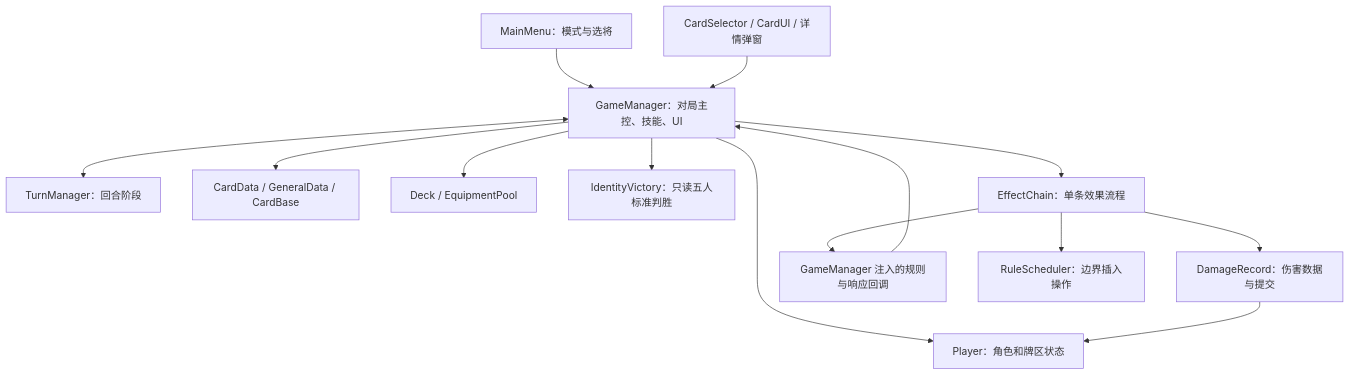
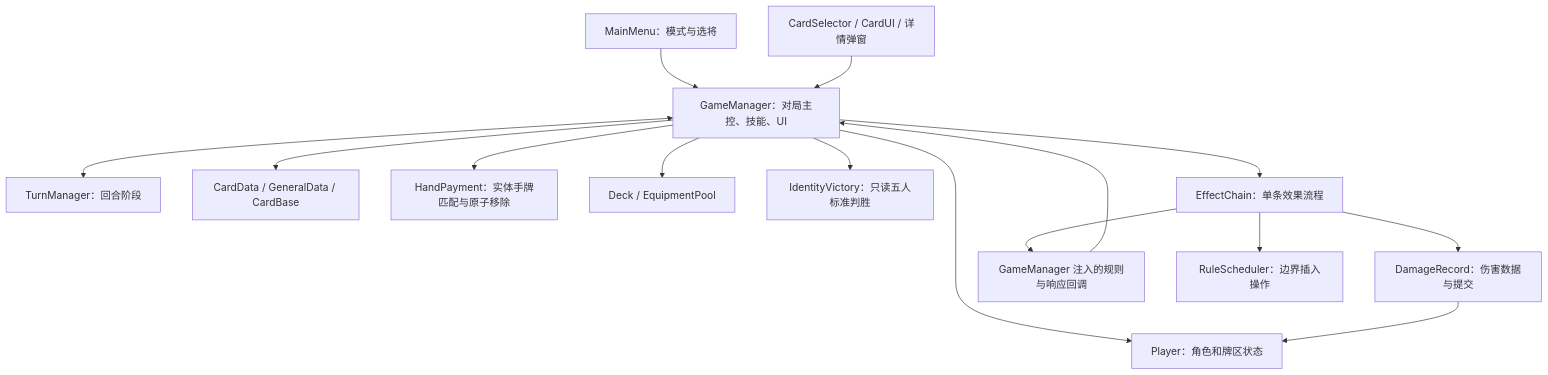
One commit to i-iillusion/xiaoyuansha changed the first of 2 diagrams in Docs/HumanAgent/项目架构设计.md. Above: the diagram before and after it, drawn with Mermaid. The commit also changed other lines of this file and 11 other files, not shown here.

````diff
--- a/Docs/HumanAgent/项目架构设计.md
+++ b/Docs/HumanAgent/项目架构设计.md
@@ -24,16 +24,17 @@
 ```mermaid
 flowchart TD
     Menu[MainMenu：模式与选将] --> GM[GameManager：对局主控、技能、UI]
     UI[CardSelector / CardUI / 详情弹窗] --> GM
     GM <--> TM[TurnManager：回合阶段]
     GM --> Player[Player：角色和牌区状态]
     GM --> Data[CardData / GeneralData / CardBase]
+    GM --> Payment[HandPayment：实体手牌匹配与原子移除]
     GM --> Pools[Deck / EquipmentPool]
     GM --> Victory[IdentityVictory：只读五人标准判胜]
     GM --> Chain[EffectChain：单条效果流程]
     Chain --> Record[DamageRecord：伤害数据与提交]
     Record --> Player
     Chain --> Hooks[GameManager 注入的规则与响应回调]
     Hooks --> GM
     Chain --> Scheduler[RuleScheduler：边界插入操作]
 ```
````
